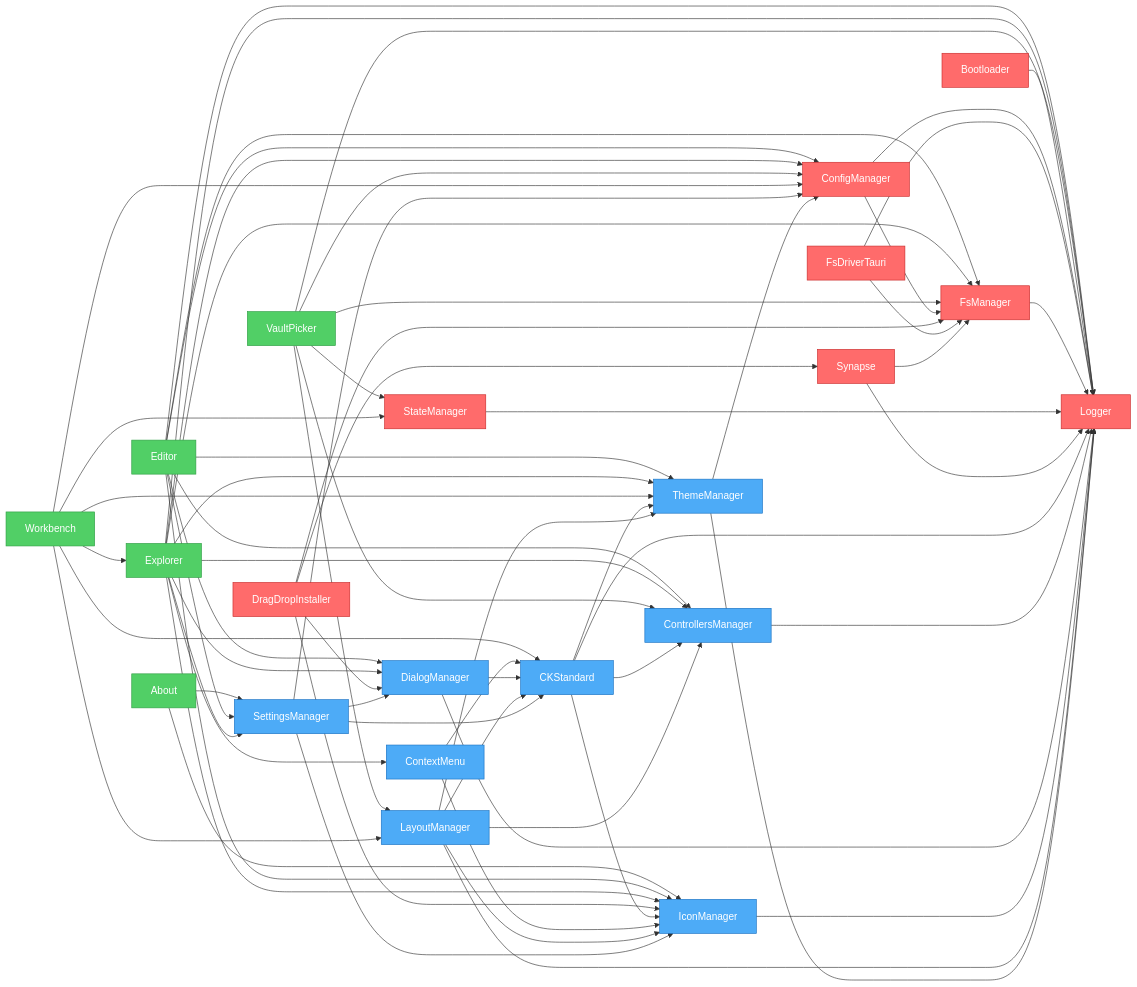
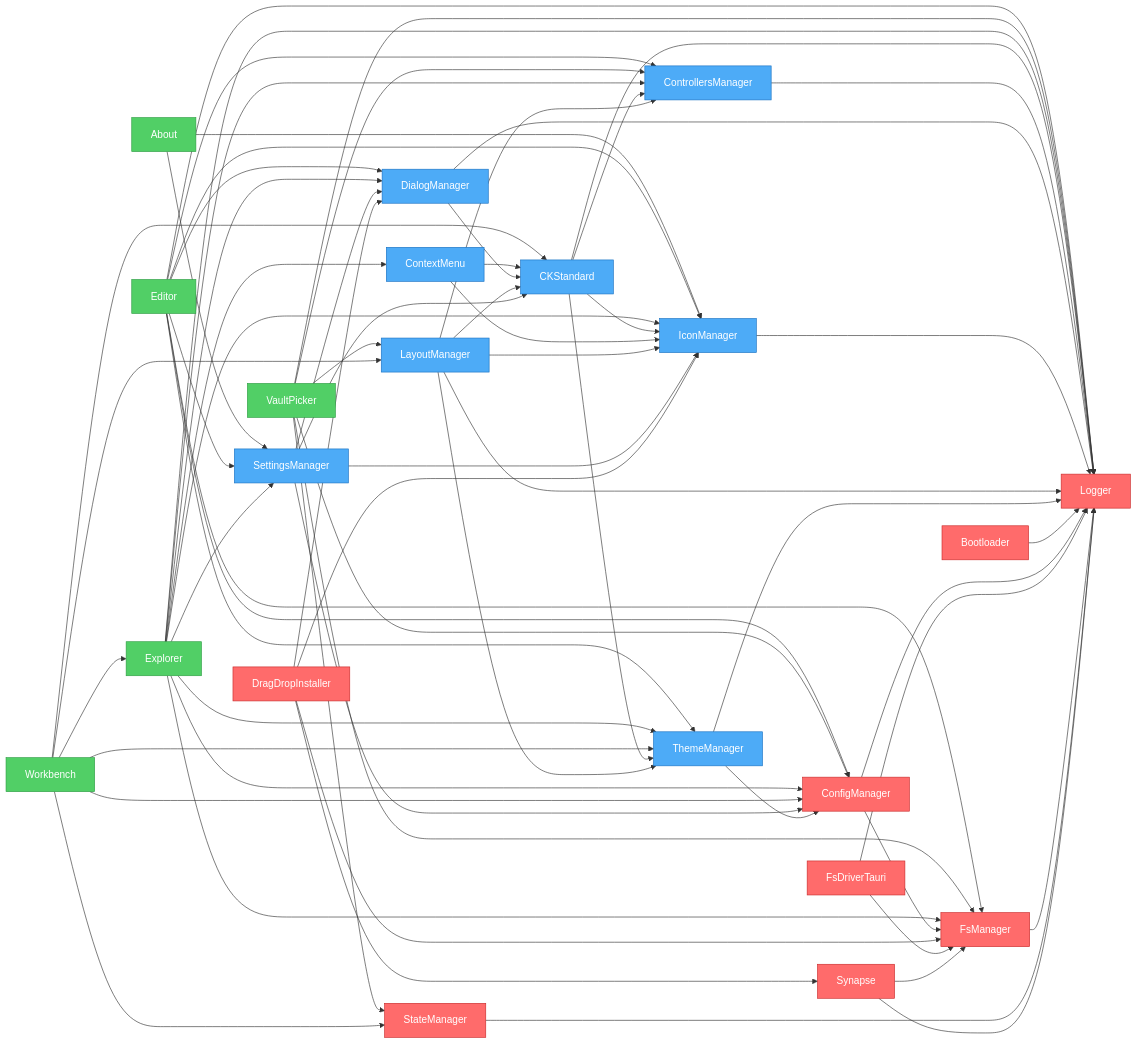
Before and after one commit to khton-tech/notehub.md: the diagram in artifacts/graph.mmd, drawn with Mermaid. The commit also changed other lines of this file and 21 other files, not shown here.

```diff
--- a/artifacts/graph.mmd
+++ b/artifacts/graph.mmd
@@ -1,96 +1,96 @@
 flowchart LR
     nh_features_about["About"]
     nh_features_editor["Editor"]
+    nh_features_vault-picker["VaultPicker"]
     nh_features_explorer["Explorer"]
-    nh_features_vault-picker["VaultPicker"]
     nh_features_workbench["Workbench"]
+    nh_ui_ck-standard["CKStandard"]
+    nh_ui_context-menu["ContextMenu"]
+    nh_ui_controllers-manager["ControllersManager"]
+    nh_ui_dialog-manager["DialogManager"]
+    nh_ui_icon-manager["IconManager"]
+    nh_ui_layout-manager["LayoutManager"]
+    nh_ui_settings-manager["SettingsManager"]
+    nh_ui_theme-manager["ThemeManager"]
     nh_system_bootloader["Bootloader"]
     nh_system_config-manager["ConfigManager"]
     nh_system_drag-drop["DragDropInstaller"]
     nh_system_fs-driver-tauri["FsDriverTauri"]
     nh_system_fs-manager["FsManager"]
     nh_system_logger["Logger"]
     nh_system_state-manager["StateManager"]
     nh_system_synapse["Synapse"]
-    nh_ui_ck-standard["CKStandard"]
-    nh_ui_context-menu["ContextMenu"]
-    nh_ui_controllers-manager["ControllersManager"]
-    nh_ui_dialog-manager["DialogManager"]
-    nh_ui_icon-manager["IconManager"]
-    nh_ui_layout-manager["LayoutManager"]
-    nh_ui_settings-manager["SettingsManager"]
-    nh_ui_theme-manager["ThemeManager"]
     nh_features_about --> nh_ui_settings-manager
     nh_features_about --> nh_ui_icon-manager
     nh_features_editor --> nh_system_config-manager
     nh_features_editor --> nh_ui_settings-manager
     nh_features_editor --> nh_system_fs-manager
     nh_features_editor --> nh_system_logger
     nh_features_editor --> nh_ui_controllers-manager
     nh_features_editor --> nh_ui_dialog-manager
     nh_features_editor --> nh_ui_icon-manager
     nh_features_editor --> nh_ui_theme-manager
+    nh_features_vault-picker --> nh_system_fs-manager
+    nh_features_vault-picker --> nh_system_config-manager
+    nh_features_vault-picker --> nh_system_state-manager
+    nh_features_vault-picker --> nh_system_logger
+    nh_features_vault-picker --> nh_ui_controllers-manager
+    nh_features_vault-picker --> nh_ui_layout-manager
     nh_features_explorer --> nh_system_config-manager
     nh_features_explorer --> nh_ui_settings-manager
     nh_features_explorer --> nh_system_fs-manager
     nh_features_explorer --> nh_system_logger
     nh_features_explorer --> nh_ui_controllers-manager
     nh_features_explorer --> nh_ui_icon-manager
     nh_features_explorer --> nh_ui_theme-manager
     nh_features_explorer --> nh_ui_context-menu
     nh_features_explorer --> nh_ui_dialog-manager
-    nh_features_vault-picker --> nh_system_fs-manager
-    nh_features_vault-picker --> nh_system_config-manager
-    nh_features_vault-picker --> nh_system_state-manager
-    nh_features_vault-picker --> nh_system_logger
-    nh_features_vault-picker --> nh_ui_controllers-manager
-    nh_features_vault-picker --> nh_ui_layout-manager
     nh_features_workbench --> nh_system_config-manager
     nh_features_workbench --> nh_ui_layout-manager
     nh_features_workbench --> nh_ui_theme-manager
     nh_features_workbench --> nh_ui_ck-standard
     nh_features_workbench --> nh_system_state-manager
     nh_features_workbench --> nh_features_explorer
-    nh_system_bootloader --> nh_system_logger
-    nh_system_config-manager --> nh_system_logger
-    nh_system_config-manager --> nh_system_fs-manager
-    nh_system_drag-drop --> nh_ui_icon-manager
-    nh_system_drag-drop --> nh_ui_dialog-manager
-    nh_system_drag-drop --> nh_system_fs-manager
-    nh_system_drag-drop --> nh_system_synapse
-    nh_system_fs-driver-tauri --> nh_system_logger
-    nh_system_fs-driver-tauri --> nh_system_fs-manager
-    nh_system_fs-manager --> nh_system_logger
-    nh_system_state-manager --> nh_system_logger
-    nh_system_synapse --> nh_system_fs-manager
-    nh_system_synapse --> nh_system_logger
     nh_ui_ck-standard --> nh_system_logger
     nh_ui_ck-standard --> nh_ui_controllers-manager
     nh_ui_ck-standard --> nh_ui_icon-manager
     nh_ui_ck-standard --> nh_ui_theme-manager
     nh_ui_context-menu --> nh_ui_icon-manager
     nh_ui_context-menu --> nh_ui_ck-standard
     nh_ui_controllers-manager --> nh_system_logger
     nh_ui_dialog-manager --> nh_system_logger
     nh_ui_dialog-manager --> nh_ui_ck-standard
     nh_ui_icon-manager --> nh_system_logger
     nh_ui_layout-manager --> nh_system_logger
     nh_ui_layout-manager --> nh_ui_theme-manager
     nh_ui_layout-manager --> nh_ui_icon-manager
     nh_ui_layout-manager --> nh_ui_controllers-manager
     nh_ui_layout-manager --> nh_ui_ck-standard
     nh_ui_settings-manager --> nh_system_config-manager
     nh_ui_settings-manager --> nh_ui_ck-standard
     nh_ui_settings-manager --> nh_ui_icon-manager
     nh_ui_settings-manager --> nh_ui_dialog-manager
     nh_ui_theme-manager --> nh_system_logger
     nh_ui_theme-manager --> nh_system_config-manager
+    nh_system_bootloader --> nh_system_logger
+    nh_system_config-manager --> nh_system_logger
+    nh_system_config-manager --> nh_system_fs-manager
+    nh_system_drag-drop --> nh_ui_icon-manager
+    nh_system_drag-drop --> nh_ui_dialog-manager
+    nh_system_drag-drop --> nh_system_fs-manager
+    nh_system_drag-drop --> nh_system_synapse
+    nh_system_fs-driver-tauri --> nh_system_logger
+    nh_system_fs-driver-tauri --> nh_system_fs-manager
+    nh_system_fs-manager --> nh_system_logger
+    nh_system_state-manager --> nh_system_logger
+    nh_system_synapse --> nh_system_fs-manager
+    nh_system_synapse --> nh_system_logger
 
     %% Styles
     classDef system fill:#ff6b6b,stroke:#c92a2a,color:#fff
     classDef ui fill:#4dabf7,stroke:#1971c2,color:#fff
     classDef feature fill:#51cf66,stroke:#2f9e44,color:#fff
     class nh_features_about,nh_features_vault-picker feature
     class nh_features_editor,nh_features_explorer,nh_features_workbench feature
+    class nh_ui_ck-standard,nh_ui_context-menu,nh_ui_controllers-manager,nh_ui_dialog-manager,nh_ui_icon-manager,nh_ui_layout-manager,nh_ui_settings-manager,nh_ui_theme-manager ui
     class nh_system_bootloader,nh_system_config-manager,nh_system_drag-drop,nh_system_fs-driver-tauri,nh_system_fs-manager,nh_system_logger,nh_system_state-manager,nh_system_synapse system
-    class nh_ui_ck-standard,nh_ui_context-menu,nh_ui_controllers-manager,nh_ui_dialog-manager,nh_ui_icon-manager,nh_ui_layout-manager,nh_ui_settings-manager,nh_ui_theme-manager ui
```
